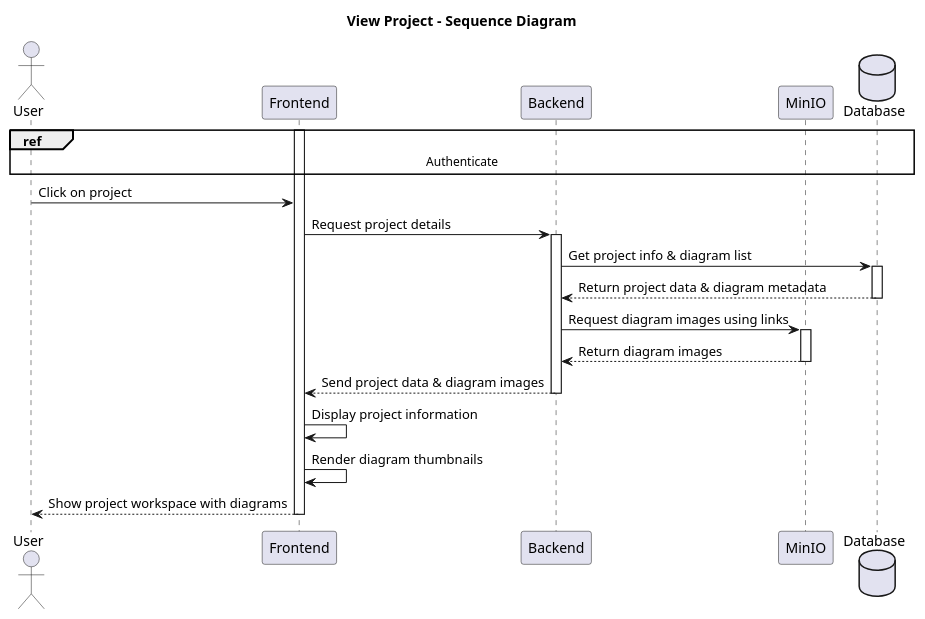
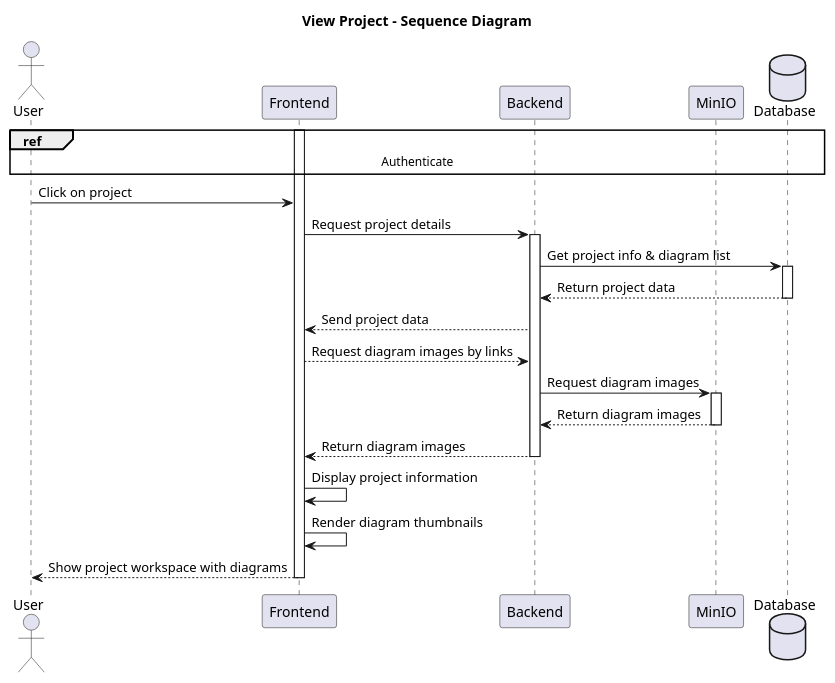
Before and after one commit to souhaib-askri/report_pfe: the diagram in conception/SprintIII/sequence_diagrams/sequence_projectManagement_3_2_ViewProjectDetails.puml, drawn with PlantUML. The commit also changed 13 other files, not shown here.

```diff
--- a/conception/SprintIII/sequence_diagrams/sequence_projectManagement_3_2_ViewProjectDetails.puml
+++ b/conception/SprintIII/sequence_diagrams/sequence_projectManagement_3_2_ViewProjectDetails.puml
@@ -1,36 +1,42 @@
 @startuml
 title View Project - Sequence Diagram
 
 actor User
 participant Frontend
 participant Backend
 participant MinIO
 database Database
 
 ref over User, Database: Authenticate
 
 activate Frontend
 
 User -> Frontend: Click on project
 Frontend -> Backend: Request project details
 activate Backend
 
 Backend -> Database: Get project info & diagram list
 activate Database
-Database --> Backend: Return project data & diagram metadata
+Database --> Backend: Return project data 
 deactivate Database
 
-Backend -> MinIO: Request diagram images using links
+
+Backend --> Frontend: Send project data 
+Frontend --> Backend: Request diagram images by links
+
+
+Backend -> MinIO: Request diagram images 
 activate MinIO
 MinIO --> Backend: Return diagram images
 deactivate MinIO
 
-Backend --> Frontend: Send project data & diagram images
+Backend --> Frontend: Return diagram images
+
 deactivate Backend
 
 Frontend -> Frontend: Display project information
 Frontend -> Frontend: Render diagram thumbnails
 Frontend --> User: Show project workspace with diagrams
 deactivate Frontend
 
 @enduml
```
